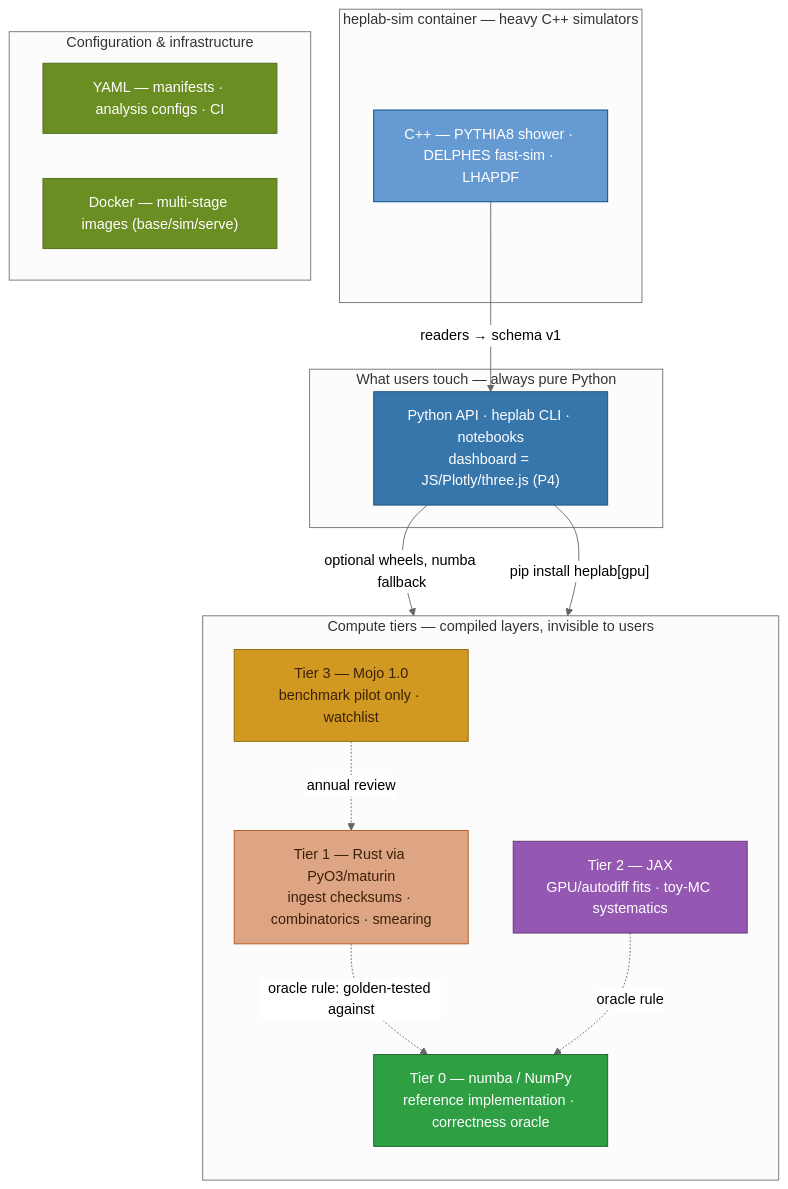
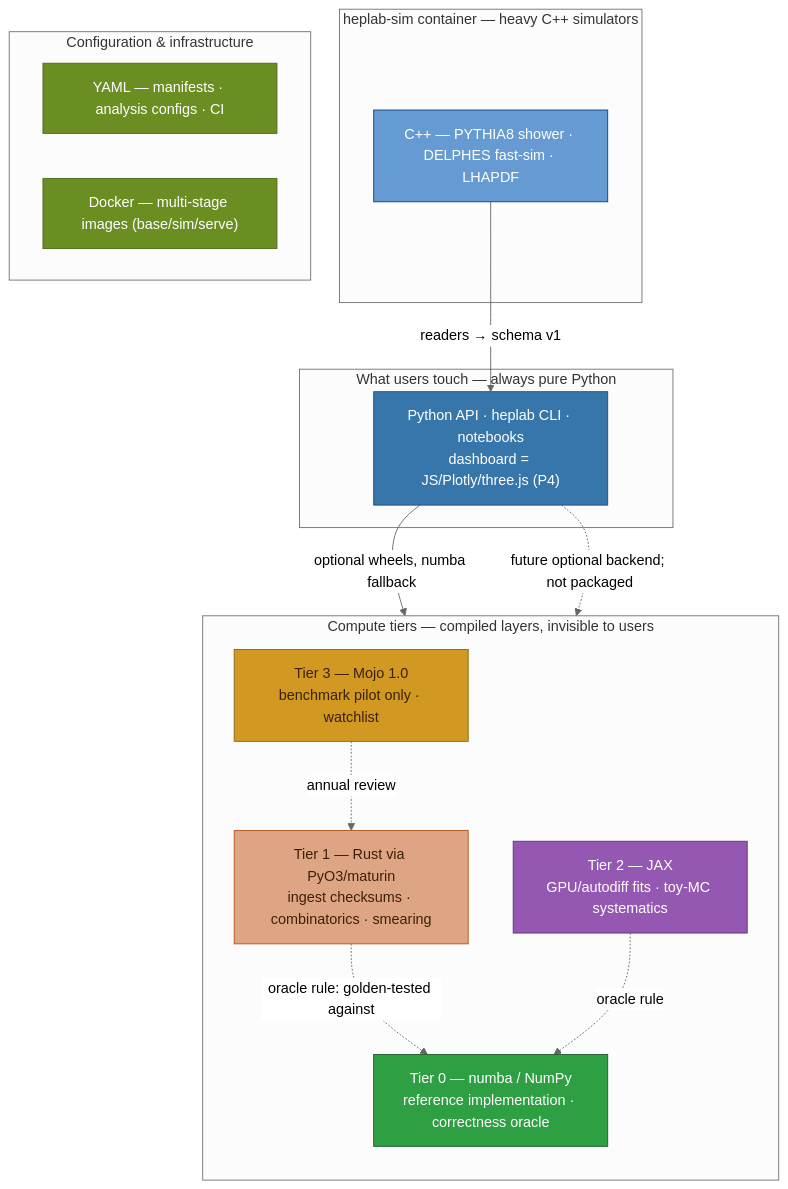
The second of 3 diagrams in docs/SKELETON.md (adian007/HEPLab), drawn with Mermaid (neutral theme) before and after one commit. The commit also changed other lines of this file and 260 other files, not shown here.

````diff
--- a/docs/SKELETON.md
+++ b/docs/SKELETON.md
@@ -61,46 +61,46 @@
 ```mermaid
 flowchart TB
     subgraph TOUCH["What users touch — always pure Python"]
         API["Python API · heplab CLI · notebooks<br/>dashboard = JS/Plotly/three.js (P4)"]
     end
 
     subgraph TIERS["Compute tiers — compiled layers, invisible to users"]
         direction TB
         T3["Tier 3 — Mojo 1.0<br/>benchmark pilot only · watchlist"]
         T2["Tier 2 — JAX<br/>GPU/autodiff fits · toy-MC systematics"]
         T1["Tier 1 — Rust via PyO3/maturin<br/>ingest checksums · combinatorics · smearing"]
         T0["Tier 0 — numba / NumPy<br/>reference implementation · correctness oracle"]
     end
 
     subgraph SIMBOX["heplab-sim container — heavy C++ simulators"]
         CPP["C++ — PYTHIA8 shower · DELPHES fast-sim · LHAPDF"]
     end
 
     subgraph PLANE["Configuration & infrastructure"]
         Y["YAML — manifests · analysis configs · CI"]
         DK["Docker — multi-stage images (base/sim/serve)"]
     end
 
     API -->|"optional wheels, numba fallback"| T1
-    API -->|"pip install heplab[gpu]"| T2
+    API -.->|"future optional backend; not packaged"| T2
     T1 -.->|"oracle rule: golden-tested against"| T0
     T2 -.->|"oracle rule"| T0
     CPP -->|"readers → schema v1"| API
     T3 -.->|"annual review"| T1
 
     classDef user fill:#3776ab,stroke:#1d4f7c,color:#fff;
     classDef tier0 fill:#2ea043,stroke:#1a5c27,color:#fff;
     classDef tier1 fill:#dea584,stroke:#b3551d,color:#3b2107;
     classDef tier2 fill:#9558b2,stroke:#5e3273,color:#fff;
     classDef tier3 fill:#d29922,stroke:#8a6409,color:#3b2107;
     classDef cpp fill:#659ad2,stroke:#004482,color:#fff;
     classDef infra fill:#6b8e23,stroke:#4f6a19,color:#fff;
 
     class API user
     class T0 tier0
     class T1 tier1
     class T2 tier2
     class T3 tier3
     class CPP cpp
     class Y,DK infra
 ```
````
